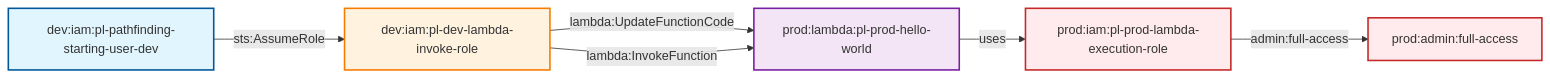
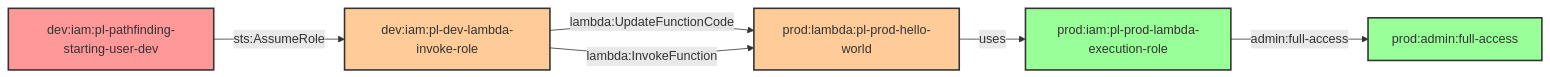
The diagram in modules/scenarios/cross-account/dev-to-prod/multi-hop/lambda-invoke-update/README.md (DataDog/pathfinding-labs), drawn with Mermaid before and after one commit. The commit also changed other lines of this file and 109 other files, not shown here.

````diff
--- a/modules/scenarios/cross-account/dev-to-prod/multi-hop/lambda-invoke-update/README.md
+++ b/modules/scenarios/cross-account/dev-to-prod/multi-hop/lambda-invoke-update/README.md
@@ -18,28 +41,25 @@
 ```mermaid
 graph LR
     %% Nodes
     DevUser[dev:iam:pl-pathfinding-starting-user-dev]
     DevRole[dev:iam:pl-dev-lambda-invoke-role]
     ProdLambda[prod:lambda:pl-prod-hello-world]
     LambdaRole[prod:iam:pl-prod-lambda-execution-role]
     AdminAccess[prod:admin:full-access]
-    
+
     %% Edges
     DevUser -->|sts:AssumeRole| DevRole
     DevRole -->|lambda:UpdateFunctionCode| ProdLambda
     DevRole -->|lambda:InvokeFunction| ProdLambda
     ProdLambda -->|uses| LambdaRole
     LambdaRole -->|admin:full-access| AdminAccess
-    
+
     %% Styling
-    classDef userNode fill:#e1f5fe,stroke:#01579b,stroke-width:2px
-    classDef roleNode fill:#fff3e0,stroke:#f57c00,stroke-width:2px
-    classDef lambdaNode fill:#f3e5f5,stroke:#7b1fa2,stroke-width:2px
-    classDef adminNode fill:#ffebee,stroke:#c62828,stroke-width:2px
-    
-    class DevUser userNode
-    class DevRole roleNode
-    class ProdLambda lambdaNode
-    class LambdaRole adminNode
-    class AdminAccess adminNode
+    classDef startNode fill:#ff9999,stroke:#333,stroke-width:2px
+    classDef intermediateNode fill:#ffcc99,stroke:#333,stroke-width:2px
+    classDef targetNode fill:#99ff99,stroke:#333,stroke-width:2px
+
+    class DevUser startNode
+    class DevRole,ProdLambda intermediateNode
+    class LambdaRole,AdminAccess targetNode
 ```
````
